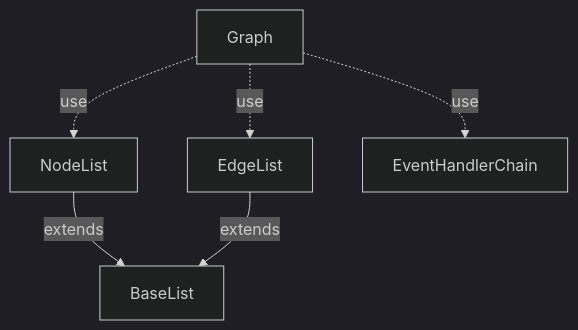
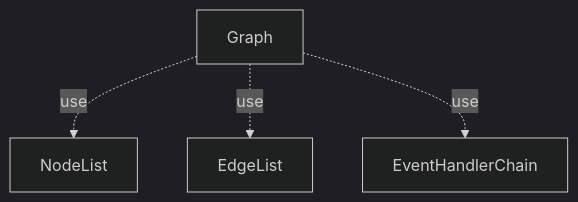
The first of 6 diagrams in packages/implementations/data-structures/graph/README.md (lcov29/algorithm-visualizer), drawn with Mermaid (dark theme) before and after one commit. The commit also changed other lines of this file, not shown here.

Commit message:
docs: update README of package @algorithm-visualizer/graph

````diff
--- a/packages/implementations/data-structures/graph/README.md
+++ b/packages/implementations/data-structures/graph/README.md
@@ -19,10 +17,8 @@
 ```mermaid
 flowchart TB
-  A[BaseList]
+  A[Graph]
   B[NodeList]
   C[EdgeList]
   D[EventHandlerChain]
-  E[Graph]
-  E -. use .-> B & C & D
-  B & C -- extends --> A
+  A -. use .-> B & C & D
 ```
````
